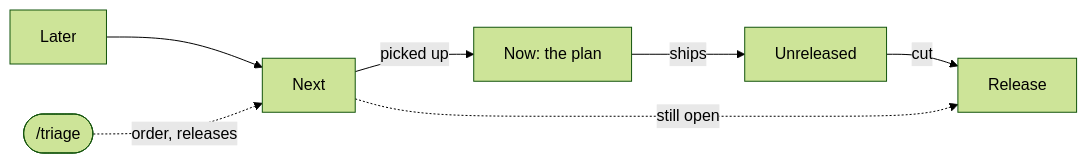
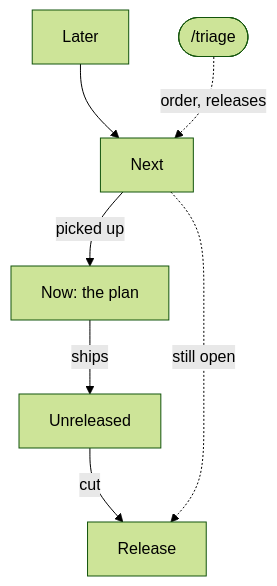
One commit to minnelhq/minnel changed the third of 3 diagrams in docs/methodology.md. Above: the diagram before and after it, drawn with Mermaid (forest theme). The commit also changed 1 other file, not shown here.

Commit message:
refactor(methodology): draw the backlog lifecycle top to bottom
The §8 diagram ran left to right, so GitHub drew it in a short frame
that scaled its labels down to near-illegible at phone width, with the
zoom controls over the last two nodes. Drawn top to bottom, GitHub sizes
the frame to the chart and every label stays readable at 375 px.

````diff
--- a/docs/methodology.md
+++ b/docs/methodology.md
@@ -227,11 +227,11 @@
 ```mermaid
 ---
 config:
   layout: dagre
 ---
-flowchart LR
+flowchart TB
   later[Later] --> next[Next] -- picked up --> now[Now: the plan]
   now -- ships --> unreleased[Unreleased] -- cut --> version[Release]
   triage(["/triage"]) -. order, releases .-> next
   next -. still open .-> version
 ```
````
